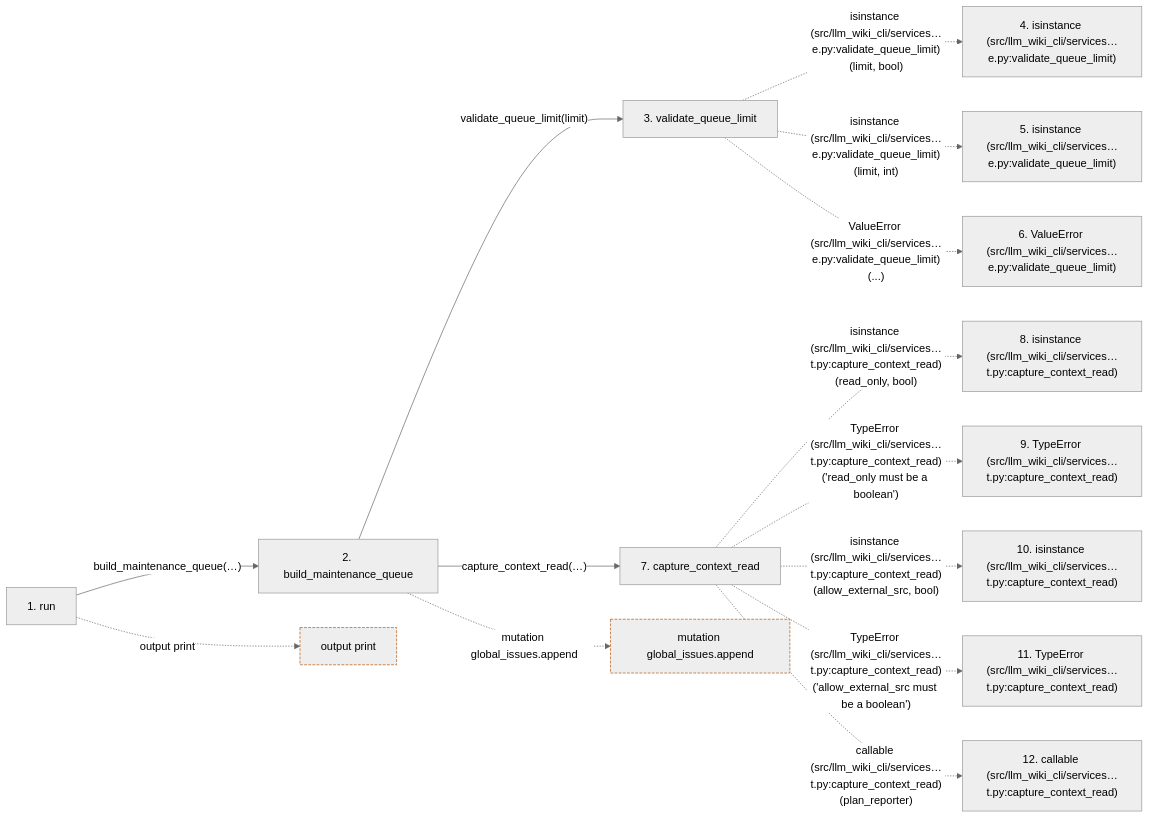
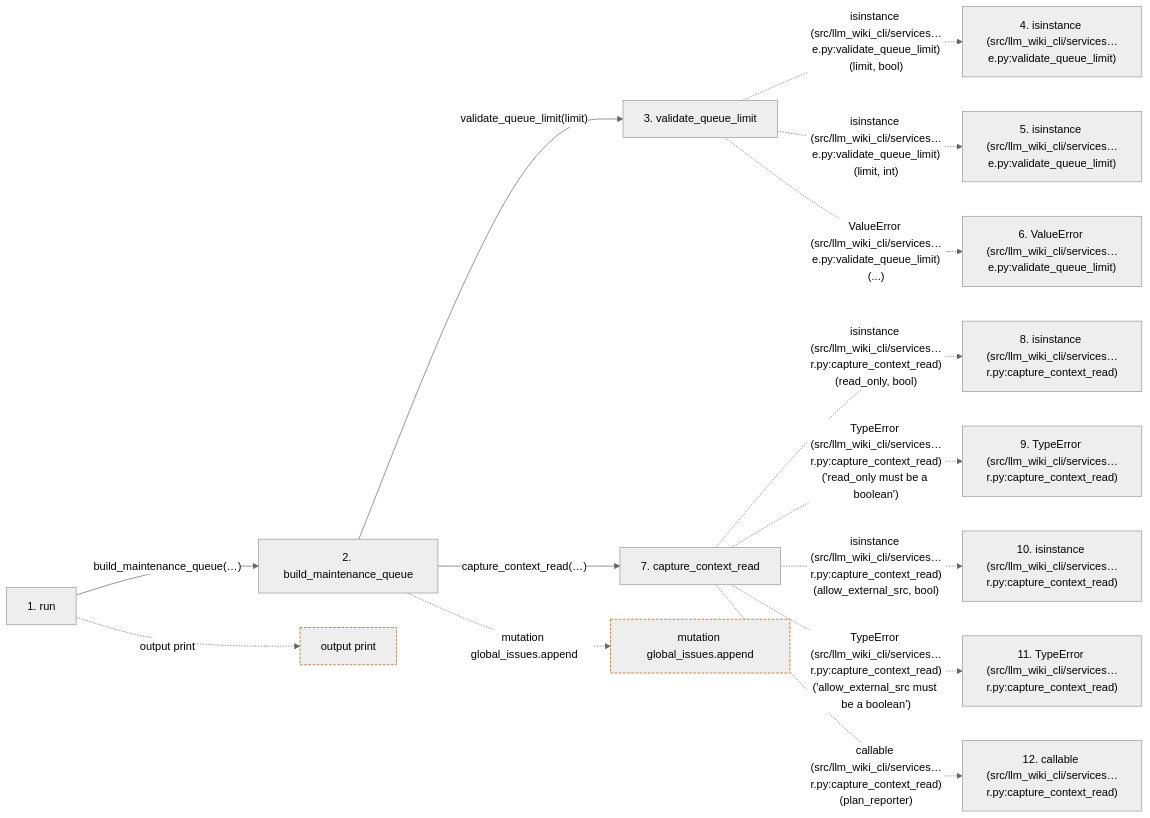
One commit to Denissvgn/python-wiki-llm changed the second of 2 diagrams in docs/llm_wiki/flows/cli-queue.md. Above: the diagram before and after it, drawn with Mermaid (neutral theme). The commit also changed other lines of this file and 1555 other files, not shown here.

````diff
--- a/docs/llm_wiki/flows/cli-queue.md
+++ b/docs/llm_wiki/flows/cli-queue.md
@@ -211,37 +217,37 @@
 ```mermaid
 flowchart LR
     s1["1. run"]
     s2["2. build_maintenance_queue"]
     s3["3. validate_queue_limit"]
     s4["4. isinstance (src/llm_wiki_cli/services…e.py:validate_queue_limit)"]
     s5["5. isinstance (src/llm_wiki_cli/services…e.py:validate_queue_limit)"]
     s6["6. ValueError (src/llm_wiki_cli/services…e.py:validate_queue_limit)"]
     s7["7. capture_context_read"]
-    s8["8. isinstance (src/llm_wiki_cli/services…t.py:capture_context_read)"]
-    s9["9. TypeError (src/llm_wiki_cli/services…t.py:capture_context_read)"]
-    s10["10. isinstance (src/llm_wiki_cli/services…t.py:capture_context_read)"]
-    s11["11. TypeError (src/llm_wiki_cli/services…t.py:capture_context_read)"]
-    s12["12. callable (src/llm_wiki_cli/services…t.py:capture_context_read)"]
+    s8["8. isinstance (src/llm_wiki_cli/services…r.py:capture_context_read)"]
+    s9["9. TypeError (src/llm_wiki_cli/services…r.py:capture_context_read)"]
+    s10["10. isinstance (src/llm_wiki_cli/services…r.py:capture_context_read)"]
+    s11["11. TypeError (src/llm_wiki_cli/services…r.py:capture_context_read)"]
+    s12["12. callable (src/llm_wiki_cli/services…r.py:capture_context_read)"]
     s1 -->|"build_maintenance_queue(…)"| s2
     s2 -->|"validate_queue_limit(limit)"| s3
     s3 -. "isinstance (src/llm_wiki_cli/services…e.py:validate_queue_limit)(limit, bool)" .-> s4
     s3 -. "isinstance (src/llm_wiki_cli/services…e.py:validate_queue_limit)(limit, int)" .-> s5
     s3 -. "ValueError (src/llm_wiki_cli/services…e.py:validate_queue_limit)(...)" .-> s6
     s2 -->|"capture_context_read(…)"| s7
-    s7 -. "isinstance (src/llm_wiki_cli/services…t.py:capture_context_read)(read_only, bool)" .-> s8
-    s7 -. "TypeError (src/llm_wiki_cli/services…t.py:capture_context_read)('read_only must be a boolean')" .-> s9
-    s7 -. "isinstance (src/llm_wiki_cli/services…t.py:capture_context_read)(allow_external_src, bool)" .-> s10
-    s7 -. "TypeError (src/llm_wiki_cli/services…t.py:capture_context_read)('allow_external_src must be a boolean')" .-> s11
-    s7 -. "callable (src/llm_wiki_cli/services…t.py:capture_context_read)(plan_reporter)" .-> s12
+    s7 -. "isinstance (src/llm_wiki_cli/services…r.py:capture_context_read)(read_only, bool)" .-> s8
+    s7 -. "TypeError (src/llm_wiki_cli/services…r.py:capture_context_read)('read_only must be a boolean')" .-> s9
+    s7 -. "isinstance (src/llm_wiki_cli/services…r.py:capture_context_read)(allow_external_src, bool)" .-> s10
+    s7 -. "TypeError (src/llm_wiki_cli/services…r.py:capture_context_read)('allow_external_src must be a boolean')" .-> s11
+    s7 -. "callable (src/llm_wiki_cli/services…r.py:capture_context_read)(plan_reporter)" .-> s12
     b0["output print"]
     s1 -. "output print" .-> b0
     b1["mutation global_issues.append"]
     s2 -. "mutation global_issues.append" .-> b1
     click s1 "../modules/queue_cmd.md"
     click s2 "../modules/maintenance_queue.md"
     click s3 "../modules/maintenance_queue.md"
-    click s7 "../modules/context_packet.md"
+    click s7 "../modules/context_packet_builder.md"
     classDef boundary stroke:#b45309,stroke-dasharray: 4 2
     class b0 boundary
     class b1 boundary
 ```
````
